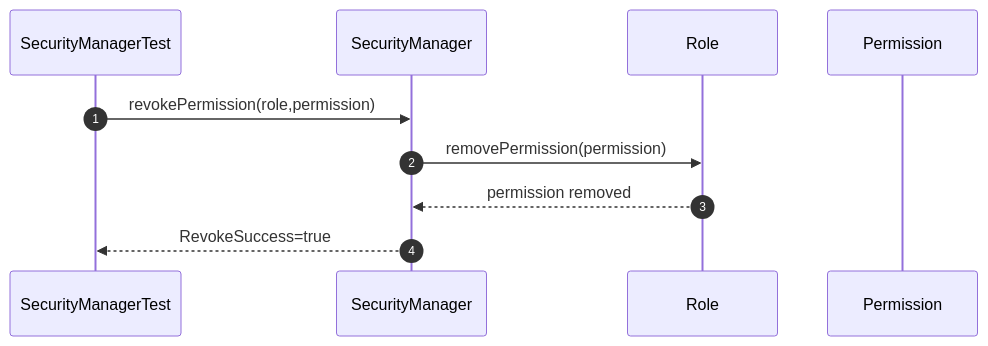
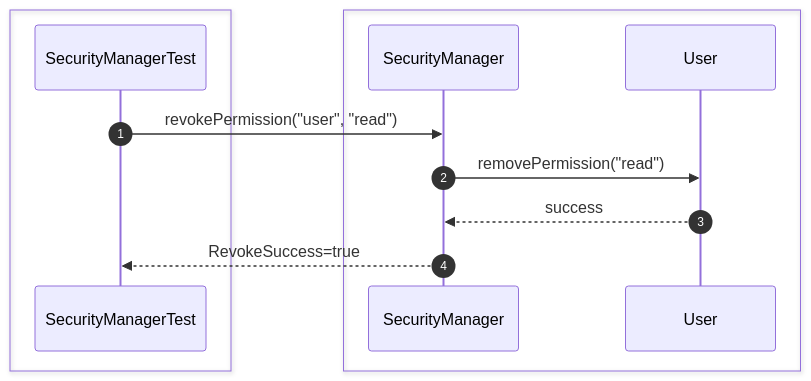
Before and after one commit to Huy1801214/dbms-architecture: the fourth of 35 diagrams in src/sequence/security.md, drawn with Mermaid. The commit also changed other lines of this file and 10 other files, not shown here.

Commit message:
add comprehensive sequence diagrams and documentation for system architecture and unit testing specifications

````diff
--- a/src/sequence/security.md
+++ b/src/sequence/security.md
@@ -70,16 +66,17 @@
 ```mermaid
 sequenceDiagram
     autonumber
+
+    box #e1f5fe Test Suite
     participant Test as SecurityManagerTest
+    end
+    box #e3f2fd Security Components
     participant Security as SecurityManager
-    participant Role as Role
-    participant Permission
+    participant User as User
+    end
 
-    Test->>Security: revokePermission(role,permission)
-
-    Security->>Role: removePermission(permission)
-
-    Role-->>Security: permission removed
-
+    Test->>Security: revokePermission("user", "read")
+    Security->>User: removePermission("read")
+    User-->>Security: success
     Security-->>Test: RevokeSuccess=true
 ```
````
